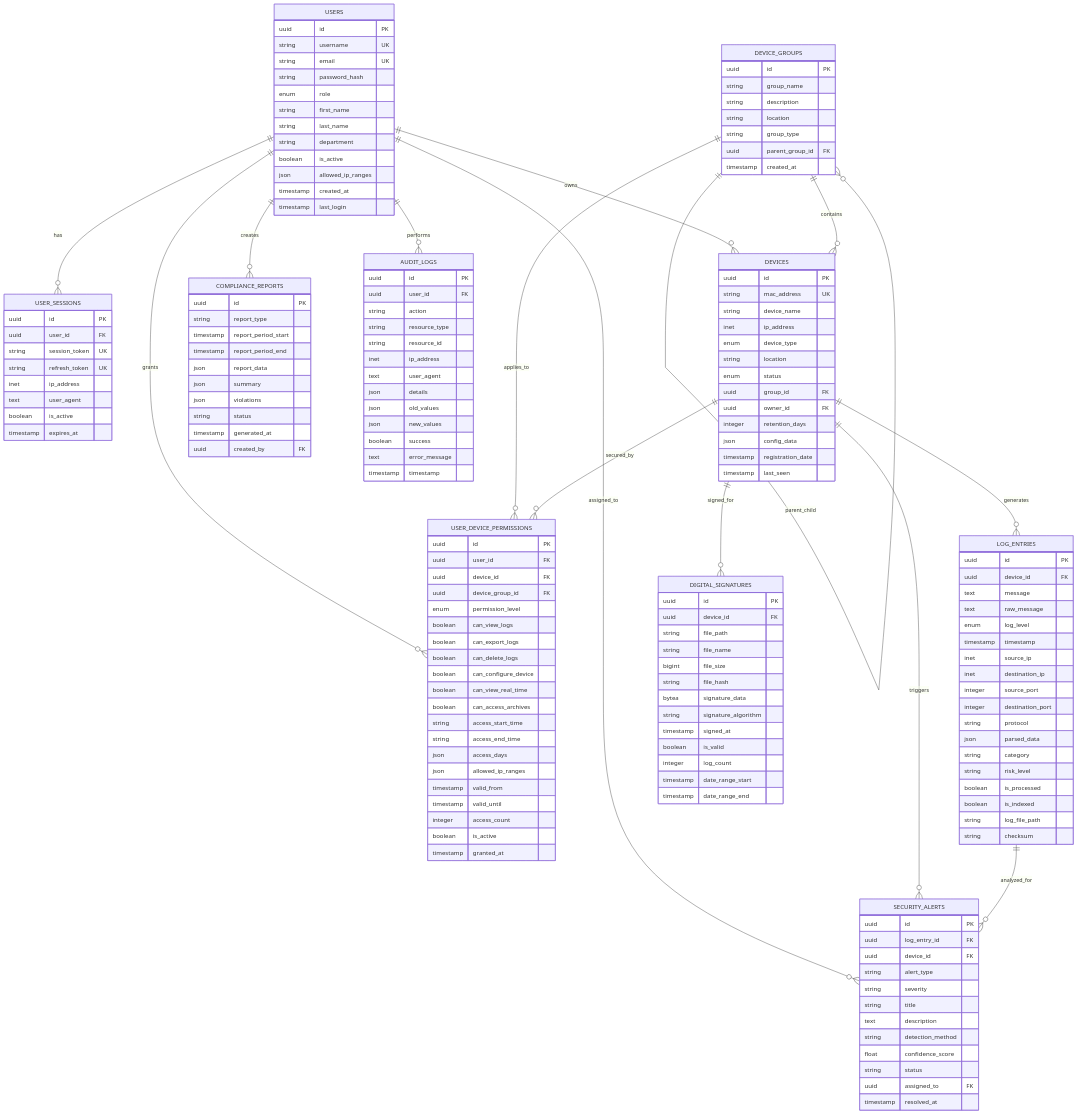
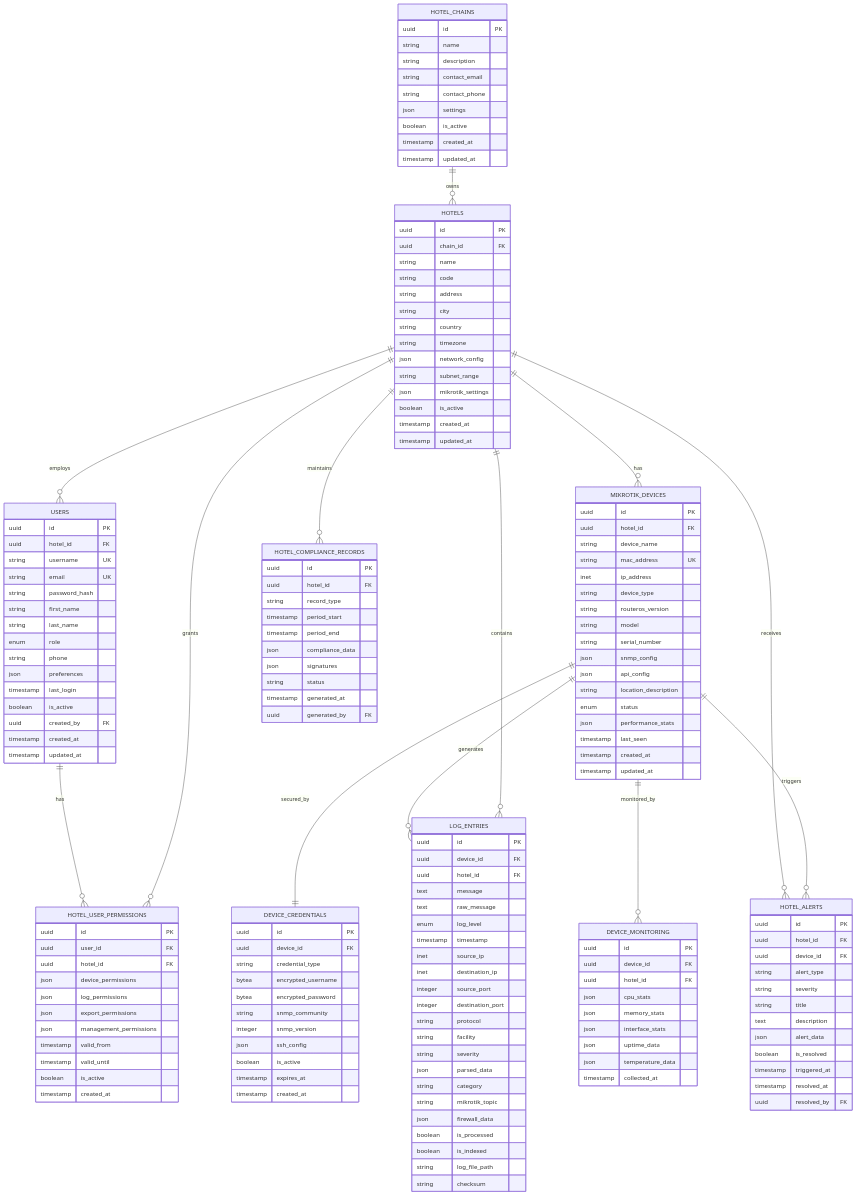
One commit to ozkanguner/logmaster changed the diagram in docs/architecture/database-schema.md. Above: the diagram before and after it, drawn with Mermaid. The commit also changed other lines of this file and 2 other files, not shown here.

Commit message:
🏨 Add Multi-Tenant Hotel Chain Management & Mikrotik Support

````diff
--- a/docs/architecture/database-schema.md
+++ b/docs/architecture/database-schema.md
@@ -9,83 +9,104 @@
 ```mermaid
 erDiagram
+    HOTEL_CHAINS {
+        uuid id PK
+        string name
+        string description
+        string contact_email
+        string contact_phone
+        json settings
+        boolean is_active
+        timestamp created_at
+        timestamp updated_at
+    }
+    
+    HOTELS {
+        uuid id PK
+        uuid chain_id FK
+        string name
+        string code
+        string address
+        string city
+        string country
+        string timezone
+        json network_config
+        string subnet_range
+        json mikrotik_settings
+        boolean is_active
+        timestamp created_at
+        timestamp updated_at
+    }
+    
     USERS {
         uuid id PK
+        uuid hotel_id FK
         string username UK
         string email UK
         string password_hash
-        enum role
         string first_name
         string last_name
-        string department
+        enum role
+        string phone
+        json preferences
+        timestamp last_login
         boolean is_active
-        json allowed_ip_ranges
+        uuid created_by FK
         timestamp created_at
-        timestamp last_login
+        timestamp updated_at
     }
     
-    USER_SESSIONS {
+    MIKROTIK_DEVICES {
         uuid id PK
-        uuid user_id FK
-        string session_token UK
-        string refresh_token UK
+        uuid hotel_id FK
+        string device_name
+        string mac_address UK
         inet ip_address
-        text user_agent
+        string device_type
+        string routeros_version
+        string model
+        string serial_number
+        json snmp_config
+        json api_config
+        string location_description
+        enum status
+        json performance_stats
+        timestamp last_seen
+        timestamp created_at
+        timestamp updated_at
+    }
+    
+    DEVICE_CREDENTIALS {
+        uuid id PK
+        uuid device_id FK
+        string credential_type
+        bytea encrypted_username
+        bytea encrypted_password
+        string snmp_community
+        integer snmp_version
+        json ssh_config
         boolean is_active
         timestamp expires_at
-    }
-    
-    DEVICE_GROUPS {
-        uuid id PK
-        string group_name
-        string description
-        string location
-        string group_type
-        uuid parent_group_id FK
         timestamp created_at
     }
     
-    DEVICES {
-        uuid id PK
-        string mac_address UK
-        string device_name
-        inet ip_address
-        enum device_type
-        string location
-        enum status
-        uuid group_id FK
-        uuid owner_id FK
-        integer retention_days
-        json config_data
-        timestamp registration_date
-        timestamp last_seen
-    }
-    
-    USER_DEVICE_PERMISSIONS {
+    HOTEL_USER_PERMISSIONS {
         uuid id PK
         uuid user_id FK
-        uuid device_id FK
-        uuid device_group_id FK
-        enum permission_level
-        boolean can_view_logs
-        boolean can_export_logs
-        boolean can_delete_logs
-        boolean can_configure_device
-        boolean can_view_real_time
-        boolean can_access_archives
-        string access_start_time
-        string access_end_time
-        json access_days
-        json allowed_ip_ranges
+        uuid hotel_id FK
+        json device_permissions
+        json log_permissions
+        json export_permissions
+        json management_permissions
         timestamp valid_from
         timestamp valid_until
-        integer access_count
         boolean is_active
-        timestamp granted_at
+        timestamp created_at
     }
     
     LOG_ENTRIES {
         uuid id PK
         uuid device_id FK
+        uuid hotel_id FK
         text message
         text raw_message
         enum log_level
@@ -95,90 +116,69 @@
         integer source_port
         integer destination_port
         string protocol
+        string facility
+        string severity
         json parsed_data
         string category
-        string risk_level
+        string mikrotik_topic
+        json firewall_data
         boolean is_processed
         boolean is_indexed
         string log_file_path
         string checksum
     }
     
-    DIGITAL_SIGNATURES {
+    HOTEL_COMPLIANCE_RECORDS {
+        uuid id PK
+        uuid hotel_id FK
+        string record_type
+        timestamp period_start
+        timestamp period_end
+        json compliance_data
+        json signatures
+        string status
+        timestamp generated_at
+        uuid generated_by FK
+    }
+    
+    DEVICE_MONITORING {
         uuid id PK
         uuid device_id FK
-        string file_path
-        string file_name
-        bigint file_size
-        string file_hash
-        bytea signature_data
-        string signature_algorithm
-        timestamp signed_at
-        boolean is_valid
-        integer log_count
-        timestamp date_range_start
-        timestamp date_range_end
+        uuid hotel_id FK
+        json cpu_stats
+        json memory_stats
+        json interface_stats
+        json uptime_data
+        json temperature_data
+        timestamp collected_at
     }
     
-    COMPLIANCE_REPORTS {
+    HOTEL_ALERTS {
         uuid id PK
-        string report_type
-        timestamp report_period_start
-        timestamp report_period_end
-        json report_data
-        json summary
-        json violations
-        string status
-        timestamp generated_at
-        uuid created_by FK
-    }
-    
-    SECURITY_ALERTS {
-        uuid id PK
-        uuid log_entry_id FK
+        uuid hotel_id FK
         uuid device_id FK
         string alert_type
         string severity
         string title
         text description
-        string detection_method
-        float confidence_score
-        string status
-        uuid assigned_to FK
+        json alert_data
+        boolean is_resolved
+        timestamp triggered_at
         timestamp resolved_at
+        uuid resolved_by FK
     }
-    
-    AUDIT_LOGS {
-        uuid id PK
-        uuid user_id FK
-        string action
-        string resource_type
-        string resource_id
-        inet ip_address
-        text user_agent
-        json details
-        json old_values
-        json new_values
-        boolean success
-        text error_message
-        timestamp timestamp
-    }
-    
-    USERS ||--o{ USER_SESSIONS : "has"
-    USERS ||--o{ USER_DEVICE_PERMISSIONS : "grants"
-    USERS ||--o{ DEVICES : "owns"
-    USERS ||--o{ COMPLIANCE_REPORTS : "creates"
-    USERS ||--o{ SECURITY_ALERTS : "assigned_to"
-    USERS ||--o{ AUDIT_LOGS : "performs"
-    
-    DEVICE_GROUPS ||--o{ DEVICE_GROUPS : "parent_child"
-    DEVICE_GROUPS ||--o{ DEVICES : "contains"
-    DEVICE_GROUPS ||--o{ USER_DEVICE_PERMISSIONS : "applies_to"
-    
-    DEVICES ||--o{ USER_DEVICE_PERMISSIONS : "secured_by"
-    DEVICES ||--o{ LOG_ENTRIES : "generates"
-    DEVICES ||--o{ DIGITAL_SIGNATURES : "signed_for"
-    DEVICES ||--o{ SECURITY_ALERTS : "triggers"
-    
-    LOG_ENTRIES ||--o{ SECURITY_ALERTS : "analyzed_for"
+
+    %% Relationships
+    HOTEL_CHAINS ||--o{ HOTELS : "owns"
+    HOTELS ||--o{ USERS : "employs"
+    HOTELS ||--o{ MIKROTIK_DEVICES : "has"
+    MIKROTIK_DEVICES ||--|| DEVICE_CREDENTIALS : "secured_by"
+    USERS ||--o{ HOTEL_USER_PERMISSIONS : "has"
+    HOTELS ||--o{ HOTEL_USER_PERMISSIONS : "grants"
+    MIKROTIK_DEVICES ||--o{ LOG_ENTRIES : "generates"
+    HOTELS ||--o{ LOG_ENTRIES : "contains"
+    HOTELS ||--o{ HOTEL_COMPLIANCE_RECORDS : "maintains"
+    MIKROTIK_DEVICES ||--o{ DEVICE_MONITORING : "monitored_by"
+    HOTELS ||--o{ HOTEL_ALERTS : "receives"
+    MIKROTIK_DEVICES ||--o{ HOTEL_ALERTS : "triggers"
 ```
````
